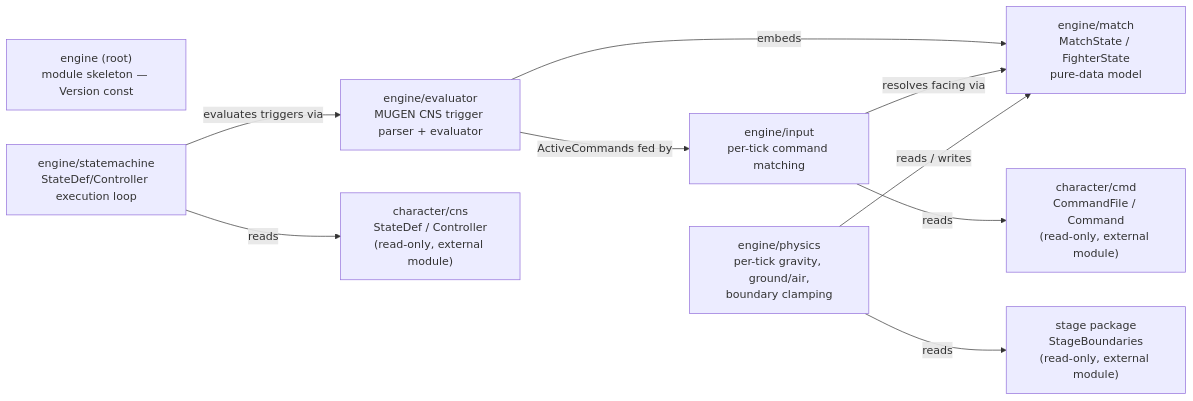
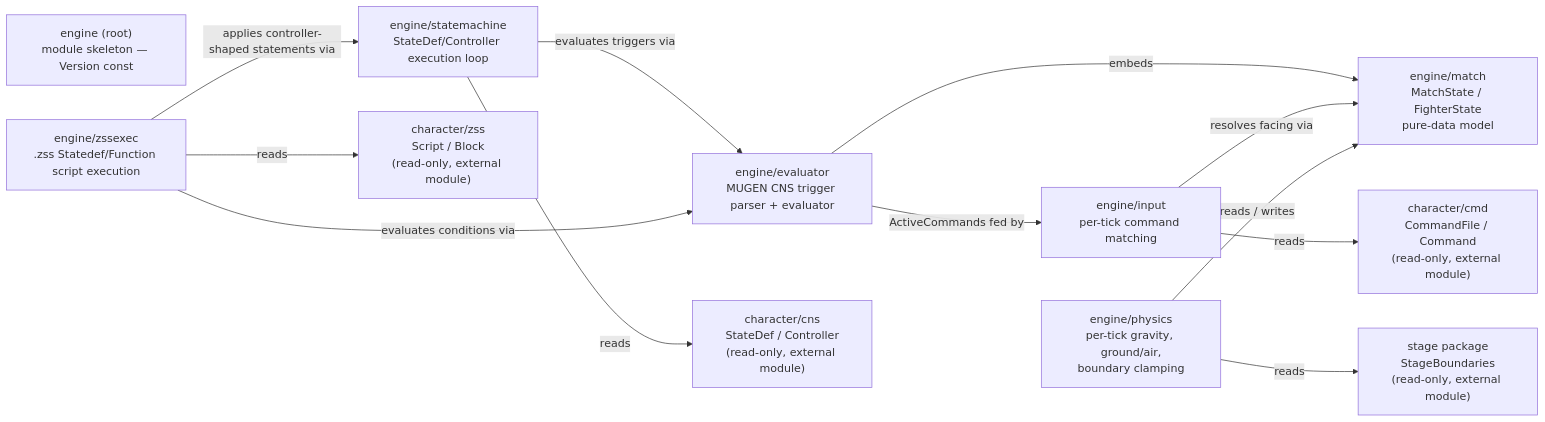
One commit to openkakutou/engine changed the first of 2 diagrams in docs/architecture.md. Above: the diagram before and after it, drawn with Mermaid. The commit also changed other lines of this file and 12 other files, not shown here.

First line of the commit message:
feat: run a character's Ikemen GO .zss state scripts, not just classic .cns ones

````diff
--- a/docs/architecture.md
+++ b/docs/architecture.md
@@ -7,21 +7,26 @@
 ```mermaid
 graph LR
     root["engine (root)<br/>module skeleton — Version const"]
     match["engine/match<br/>MatchState / FighterState<br/>pure-data model"]
     evaluator["engine/evaluator<br/>MUGEN CNS trigger parser + evaluator"]
     statemachine["engine/statemachine<br/>StateDef/Controller execution loop"]
+    zssexec["engine/zssexec<br/>.zss Statedef/Function script execution"]
     inputpkg["engine/input<br/>per-tick command matching"]
     physicspkg["engine/physics<br/>per-tick gravity, ground/air,<br/>boundary clamping"]
     cns["character/cns<br/>StateDef / Controller<br/>(read-only, external module)"]
     cmd["character/cmd<br/>CommandFile / Command<br/>(read-only, external module)"]
+    zss["character/zss<br/>Script / Block<br/>(read-only, external module)"]
     stagepkg["stage package<br/>StageBoundaries<br/>(read-only, external module)"]
 
     evaluator -->|embeds| match
     statemachine -->|evaluates triggers via| evaluator
     statemachine -->|reads| cns
+    zssexec -->|evaluates conditions via| evaluator
+    zssexec -->|applies controller-shaped statements via| statemachine
+    zssexec -->|reads| zss
     inputpkg -->|reads| cmd
     inputpkg -->|resolves facing via| match
     evaluator -->|ActiveCommands fed by| inputpkg
     physicspkg -->|reads / writes| match
     physicspkg -->|reads| stagepkg
 ```
````
